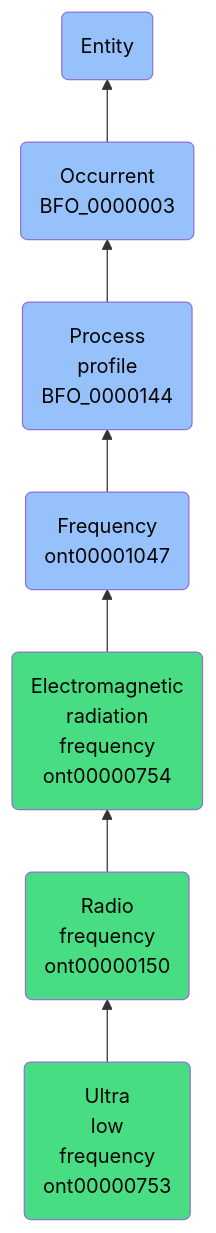
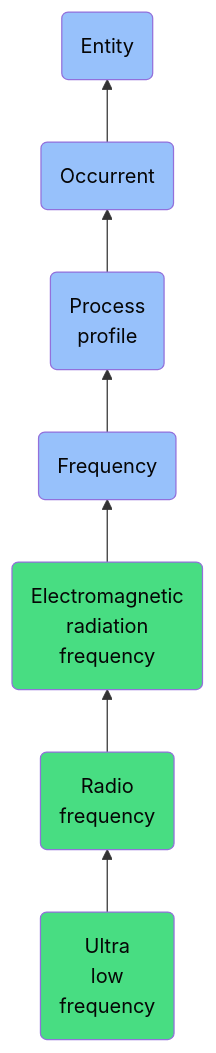
Before and after one commit to jupyter-naas/abi: the diagram in docs/ontology/reference/model/Entity/Occurrent/Process profile/Frequency/Electromagnetic radiation frequency/Radio frequency/Ultra low frequency/Ultra low frequency.md, drawn with Mermaid. The commit also changed other lines of this file and 1430 other files, not shown here.

````diff
--- a/docs/ontology/reference/model/Entity/Occurrent/Process profile/Frequency/Electromagnetic radiation frequency/Radio frequency/Ultra low frequency/Ultra low frequency.md
+++ b/docs/ontology/reference/model/Entity/Occurrent/Process profile/Frequency/Electromagnetic radiation frequency/Radio frequency/Ultra low frequency/Ultra low frequency.md
@@ -24,14 +24,14 @@
 ```mermaid
 graph BT
-    ont00000753(Ultra<br>low<br>frequency<br>ont00000753):::ABI-->ont00000150
-    ont00000150(Radio<br>frequency<br>ont00000150):::ABI-->ont00000754
-    ont00000754(Electromagnetic<br>radiation<br>frequency<br>ont00000754):::ABI-->ont00001047
-    ont00001047(Frequency<br>ont00001047):::BFO-->BFO_0000144
-    BFO_0000144(Process<br>profile<br>BFO_0000144):::BFO-->BFO_0000003
-    BFO_0000003(Occurrent<br>BFO_0000003):::BFO-->BFO_0000001
+    ont00000753(Ultra<br>low<br>frequency):::ABI-->ont00000150
+    ont00000150(Radio<br>frequency):::ABI-->ont00000754
+    ont00000754(Electromagnetic<br>radiation<br>frequency):::ABI-->ont00001047
+    ont00001047(Frequency):::BFO-->BFO_0000144
+    BFO_0000144(Process<br>profile):::BFO-->BFO_0000003
+    BFO_0000003(Occurrent):::BFO-->BFO_0000001
     BFO_0000001(Entity):::BFO
     
     classDef BFO fill:#97c1fb,color:#060606
     classDef CCO fill:#e4c51e,color:#060606
     classDef ABI fill:#48DD82,color:#060606
 ```
````
